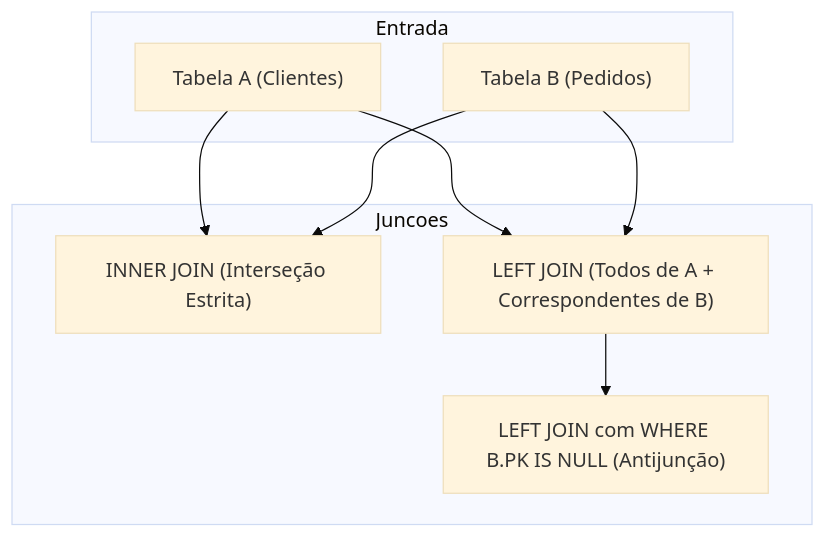
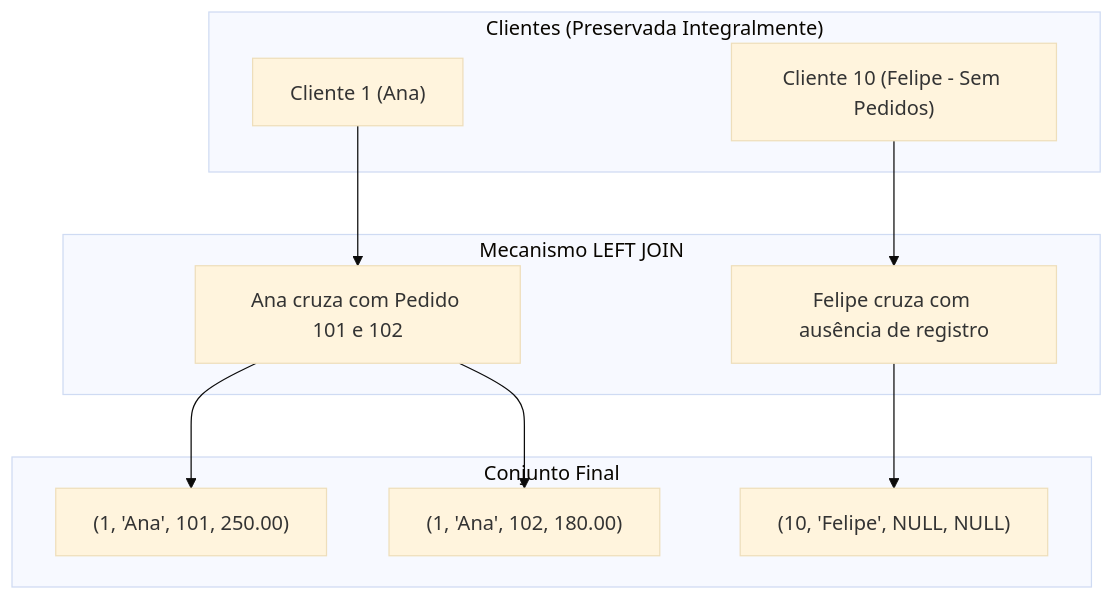
Before and after one commit to murilolol/unifef: diagram 12 of 14 in 3º Semestre/[Prof. Guilherme de Morais] Banco de Dados II/Resumos-IA/Caderno-Consolidado.md, drawn with Mermaid (base theme). The commit also changed other lines of this file and 40 other files, not shown here.

````diff
--- a/3º Semestre/[Prof. Guilherme de Morais] Banco de Dados II/Resumos-IA/Caderno-Consolidado.md
+++ b/3º Semestre/[Prof. Guilherme de Morais] Banco de Dados II/Resumos-IA/Caderno-Consolidado.md
@@ -780,17 +899,22 @@
 ```mermaid
 flowchart TD
-    subgraph Entrada
-        T1["Tabela A (Clientes)"]
-        T2["Tabela B (Pedidos)"]
-    end
-    subgraph Juncoes
-        IJ["INNER JOIN (Interseção Estrita)"]
-        LJ["LEFT JOIN (Todos de A + Correspondentes de B)"]
-        Anti["LEFT JOIN com WHERE B.PK IS NULL (Antijunção)"]
-    end
-    T1 --> IJ
-    T2 --> IJ
-    T1 --> LJ
-    T2 --> LJ
-    LJ --> Anti
+  subgraph TabelaEsquerda["Clientes (Preservada Integralmente)"]
+    C1["Cliente 1 (Ana)"]
+    C10["Cliente 10 (Felipe - Sem Pedidos)"]
+  end
+
+  subgraph Cruzamento["Mecanismo LEFT JOIN"]
+    M1["Ana cruza com Pedido 101 e 102"]
+    M10["Felipe cruza com ausência de registro"]
+  end
+
+  subgraph ResultadoProjetado["Conjunto Final"]
+    R1["(1, 'Ana', 101, 250.00)"]
+    R2["(1, 'Ana', 102, 180.00)"]
+    R10["(10, 'Felipe', NULL, NULL)"]
+  end
+
+  C1 --> M1 --> R1
+  M1 --> R2
+  C10 --> M10 --> R10
 ```
````
